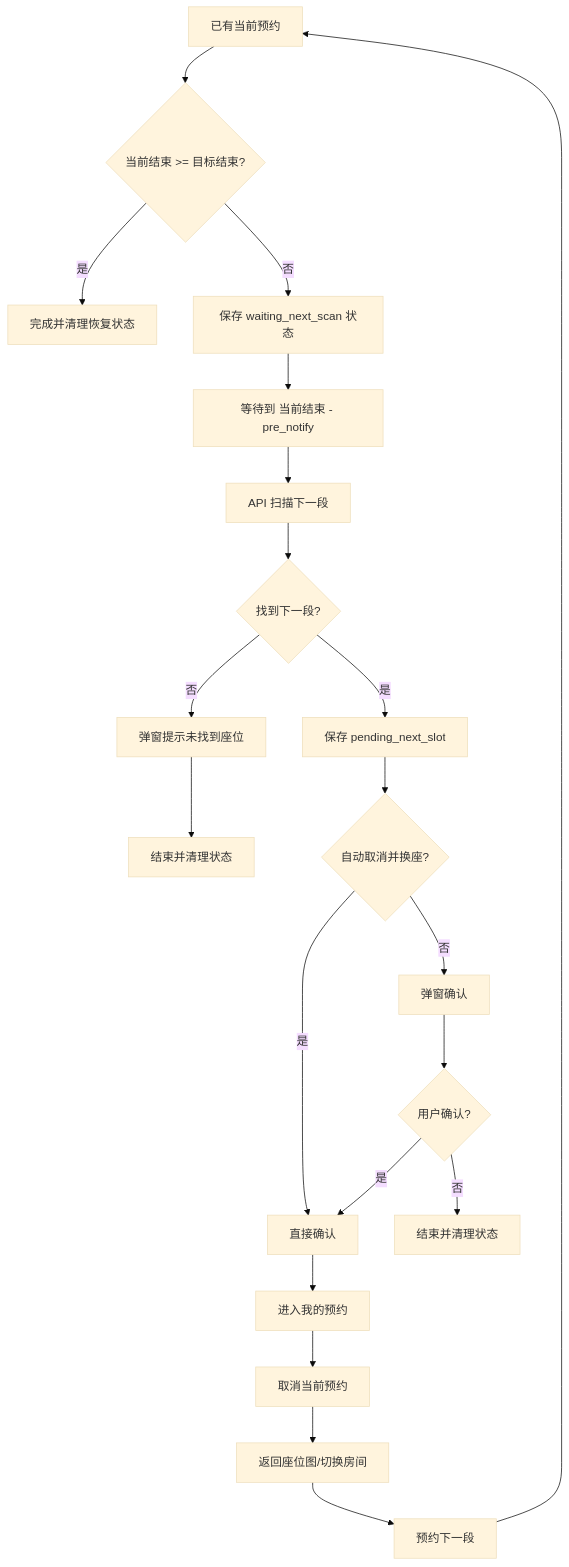
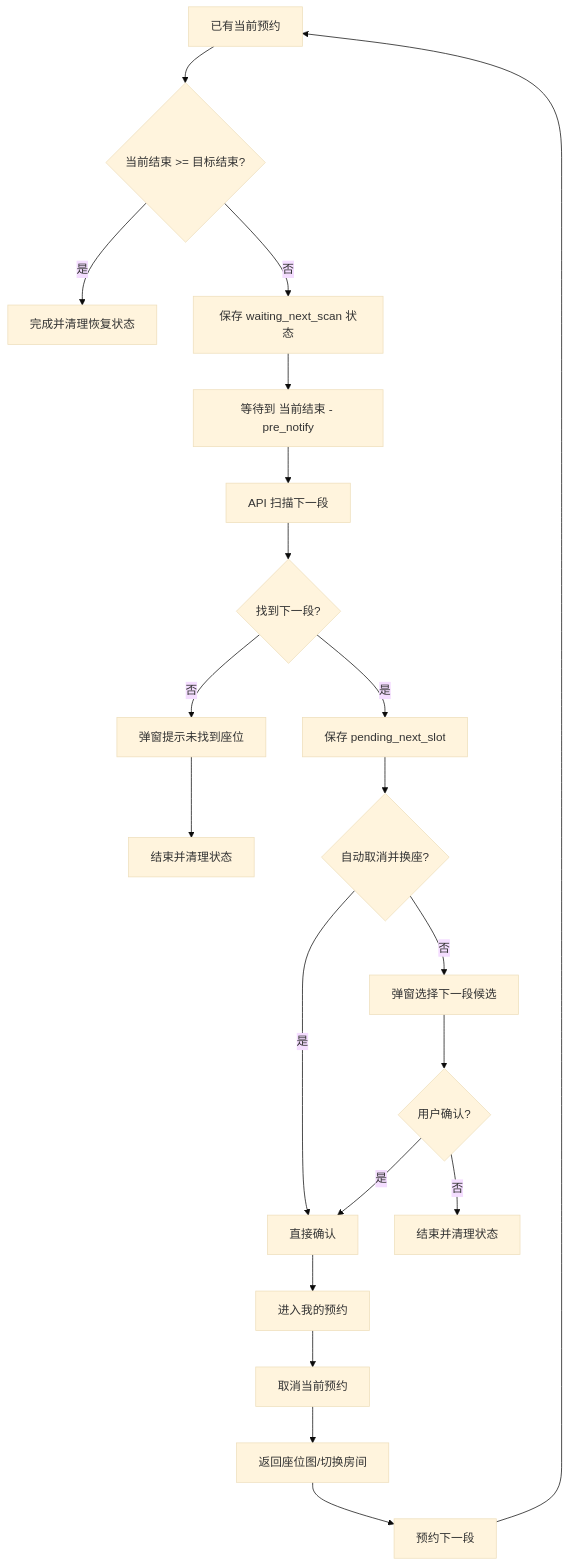
The second of 4 diagrams in docs/FLOWS.md (LiuDaCheng666/LNU-LibSeat), drawn with Mermaid (base theme) before and after one commit. The commit also changed other lines of this file and 18 other files, not shown here.

````diff
--- a/docs/FLOWS.md
+++ b/docs/FLOWS.md
@@ -34,23 +35,23 @@
 ```mermaid
 flowchart TD
     A["已有当前预约"] --> B{"当前结束 >= 目标结束?"}
     B -- "是" --> Z["完成并清理恢复状态"]
     B -- "否" --> C["保存 waiting_next_scan 状态"]
     C --> D["等待到 当前结束 - pre_notify"]
     D --> E["API 扫描下一段"]
     E --> F{"找到下一段?"}
     F -- "否" --> G["弹窗提示未找到座位"]
     G --> Z2["结束并清理状态"]
     F -- "是" --> H["保存 pending_next_slot"]
     H --> I{"自动取消并换座?"}
-    I -- "否" --> J["弹窗确认"]
+    I -- "否" --> J["弹窗选择下一段候选"]
     I -- "是" --> K["直接确认"]
     J --> L{"用户确认?"}
     L -- "否" --> Z3["结束并清理状态"]
     L -- "是" --> K
     K --> M["进入我的预约"]
     M --> N["取消当前预约"]
     N --> O["返回座位图/切换房间"]
     O --> P["预约下一段"]
     P --> A
 ```
````
